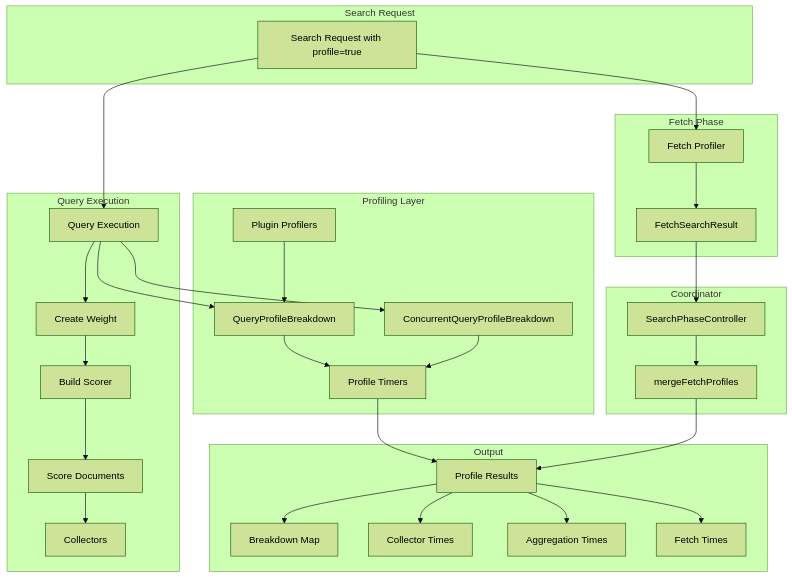
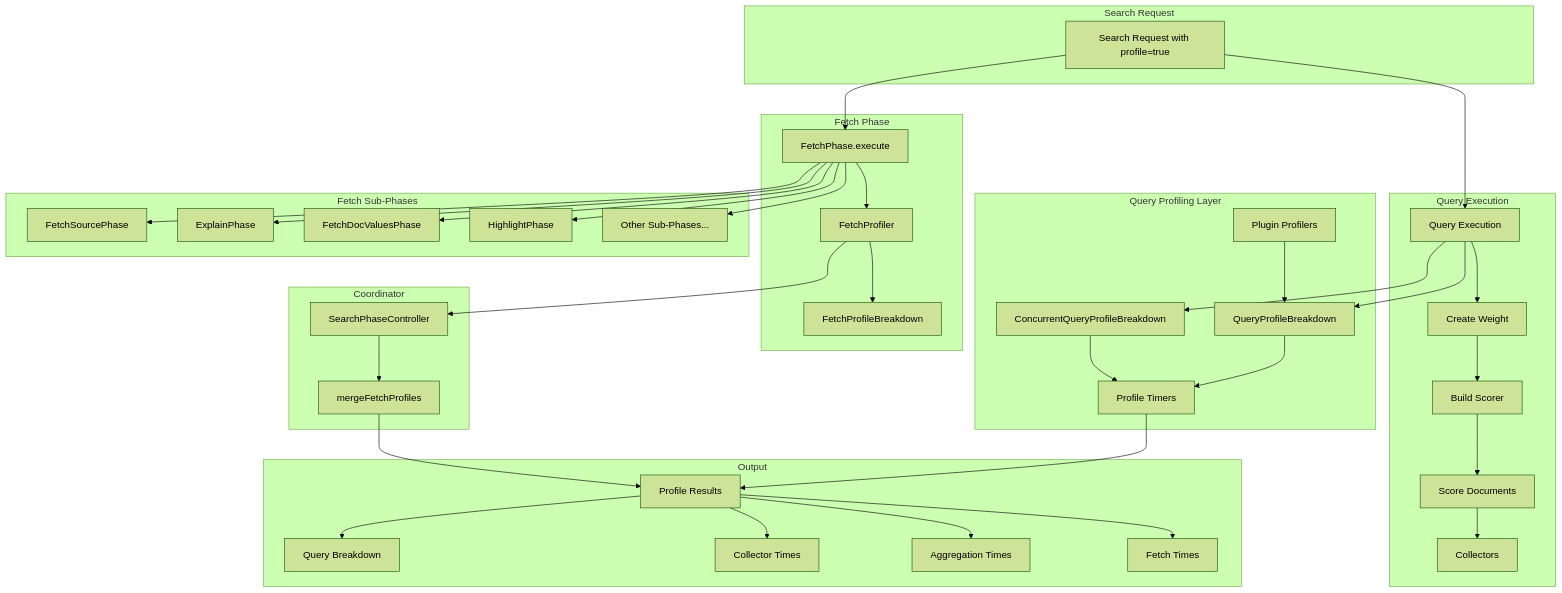
One commit to tkykenmt/opensearch-feature-explorer changed the first of 2 diagrams in docs/features/opensearch/profiler.md. Above: the diagram before and after it, drawn with Mermaid (forest theme). The commit also changed other lines of this file and 2 other files, not shown here.

Commit message:
docs: add fetch phase profiling report for v3.2.0 (#1226)

````diff
--- a/docs/features/opensearch/profiler.md
+++ b/docs/features/opensearch/profiler.md
@@ -11,63 +11,75 @@
 ```mermaid
 graph TB
     subgraph "Search Request"
         SR[Search Request with profile=true]
     end
     
     subgraph "Query Execution"
         QE[Query Execution]
         CW[Create Weight]
         BS[Build Scorer]
         SC[Score Documents]
         CO[Collectors]
     end
     
-    subgraph "Profiling Layer"
+    subgraph "Query Profiling Layer"
         QPB[QueryProfileBreakdown]
         CQPB[ConcurrentQueryProfileBreakdown]
         PP[Plugin Profilers]
         PT[Profile Timers]
     end
     
     subgraph "Fetch Phase"
-        FP[Fetch Profiler]
-        FSR[FetchSearchResult]
+        FP[FetchPhase.execute]
+        FPR[FetchProfiler]
+        FPB[FetchProfileBreakdown]
+    end
+    
+    subgraph "Fetch Sub-Phases"
+        FSP[FetchSourcePhase]
+        EP[ExplainPhase]
+        FDP[FetchDocValuesPhase]
+        HP[HighlightPhase]
+        OTH[Other Sub-Phases...]
     end
     
     subgraph "Coordinator"
         SPC[SearchPhaseController]
         MFP[mergeFetchProfiles]
     end
     
     subgraph "Output"
         PR[Profile Results]
-        BD[Breakdown Map]
+        BD[Query Breakdown]
         CT[Collector Times]
         AT[Aggregation Times]
         FT[Fetch Times]
     end
     
     SR --> QE
     QE --> CW
     CW --> BS
     BS --> SC
     SC --> CO
     
     QE --> QPB
     QE --> CQPB
     PP --> QPB
     QPB --> PT
     CQPB --> PT
     
     SR --> FP
-    FP --> FSR
-    FSR --> SPC
+    FP --> FPR
+    FPR --> FPB
+    FP --> FSP & EP & FDP & HP & OTH
+    
+    FPR --> SPC
     SPC --> MFP
     
     PT --> PR
     MFP --> PR
     PR --> BD
     PR --> CT
     PR --> AT
     PR --> FT
 ```
````
